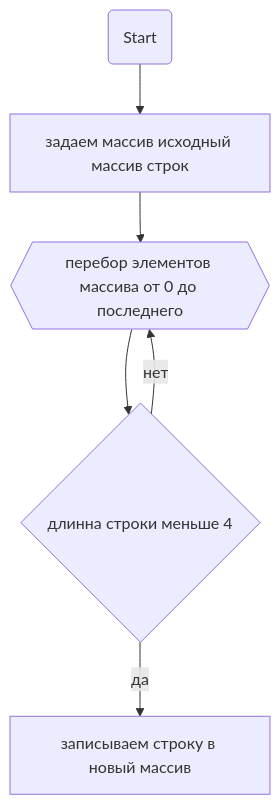
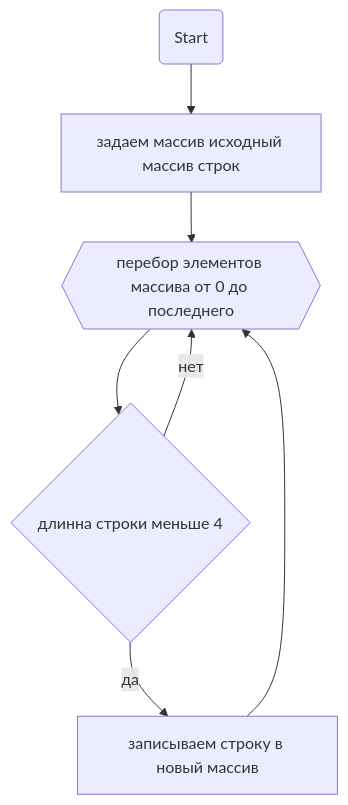
The diagram in README.md (Adalberto777/FinalTestWork), drawn with Mermaid before and after one commit.

Commit message:
block diagram

````diff
--- a/README.md
+++ b/README.md
@@ -14,8 +14,9 @@
 ```mermaid
   graph TB;       
     node1(Start)  --> node2[задаем исходный массив строк];
     node2[задаем массив исходный массив строк] --> node3{{перебор элементов массива от 0 до последнего}};
     node3{{перебор элементов массива от 0 до последнего}} --> node4{длинна строки меньше 4};
     node4{длинна строки меньше 4} -- да --> node5[записываем строку в новый массив];
-    node4{длинна строки меньше 4} -- нет --> node3{{перебор элементов массива от 0 до последнего}}
+    node5[записываем строку в новый массив] --> node3{{перебор элементов массива от 0 до последнего}};
+    node4{длинна строки меньше 4} -- нет --> node3{{перебор элементов массива от 0 до последнего}};
 ```
````
